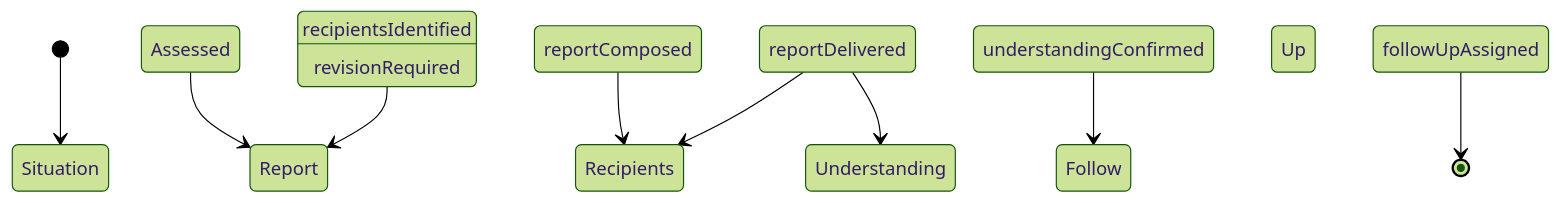
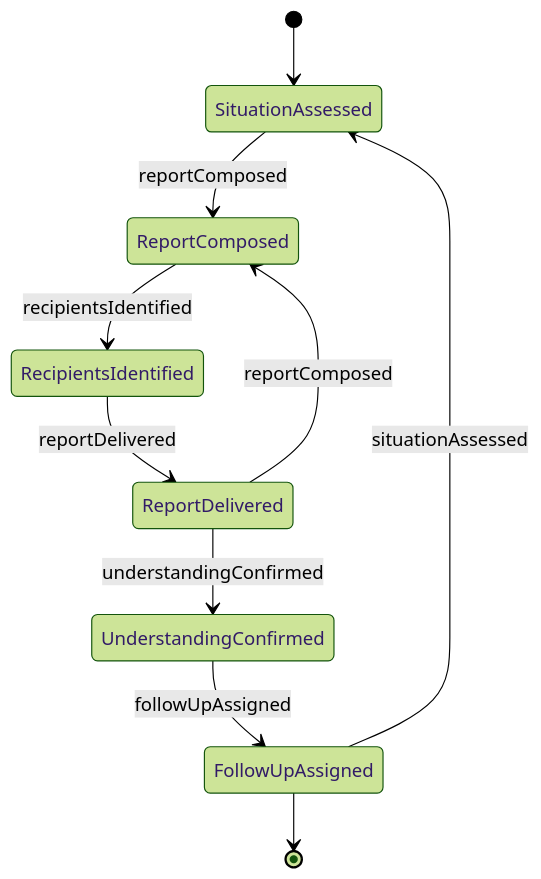
Before and after one commit to dot-org-ai/tasks.org.ai: the second of 4 diagrams in CommunicatingWithSupervisorsPeersOrSubordinates/NotifyOthersOfEmergenciesOrProblems/CommunicateSituationDetailsAppropriatePersonnel.mdx, drawn with Mermaid (forest theme). The commit also changed other lines of this file and 515 other files, not shown here.

````diff
--- a/CommunicatingWithSupervisorsPeersOrSubordinates/NotifyOthersOfEmergenciesOrProblems/CommunicateSituationDetailsAppropriatePersonnel.mdx
+++ b/CommunicatingWithSupervisorsPeersOrSubordinates/NotifyOthersOfEmergenciesOrProblems/CommunicateSituationDetailsAppropriatePersonnel.mdx
@@ -96,11 +96,12 @@
 ```mermaid
 stateDiagram-v2
-    [*] --> Situation Assessed
-    Situation Assessed --> Report Composed : reportComposed
-    Report Composed --> Recipients Identified : recipientsIdentified
-    Recipients Identified --> Report Delivered : reportDelivered
-    Report Delivered --> Understanding Confirmed : understandingConfirmed
-    Understanding Confirmed --> Follow Up Assigned : followUpAssigned
-    Report Delivered --> Recipients Identified : revisionRequired
-    Follow Up Assigned --> [*]
+    [*] --> SituationAssessed
+    SituationAssessed --> ReportComposed : reportComposed
+    ReportComposed --> RecipientsIdentified : recipientsIdentified
+    RecipientsIdentified --> ReportDelivered : reportDelivered
+    ReportDelivered --> UnderstandingConfirmed : understandingConfirmed
+    UnderstandingConfirmed --> FollowUpAssigned : followUpAssigned
+    ReportDelivered --> ReportComposed : reportComposed
+    FollowUpAssigned --> SituationAssessed : situationAssessed
+    FollowUpAssigned --> [*]
 ```
````
